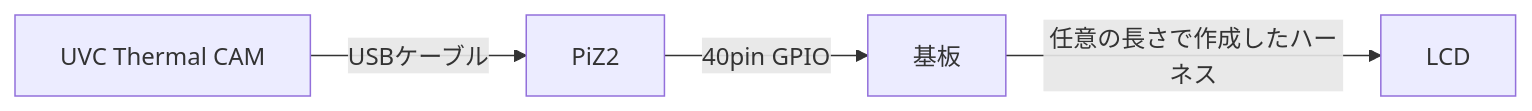
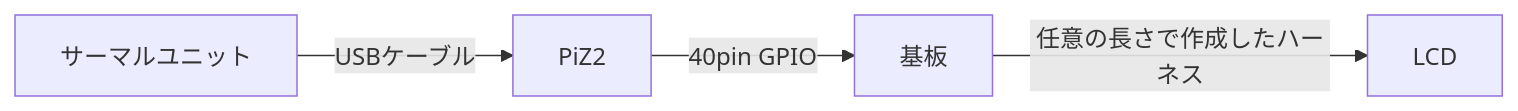
One commit to gb7k/Day_Dream-Yume_Thermal- changed the diagram in README.md. Above: the diagram before and after it, drawn with Mermaid.

````diff
--- a/README.md
+++ b/README.md
@@ -54,6 +54,6 @@
 ```mermaid
 graph LR;
-    A[UVC Thermal CAM]-->|USBケーブル|PiZ2;
+    A[サーマルユニット]-->|USBケーブル|PiZ2;
     PiZ2-->|40pin GPIO|基板;
     基板-->|任意の長さで作成したハーネス|LCD;
 ```
````
